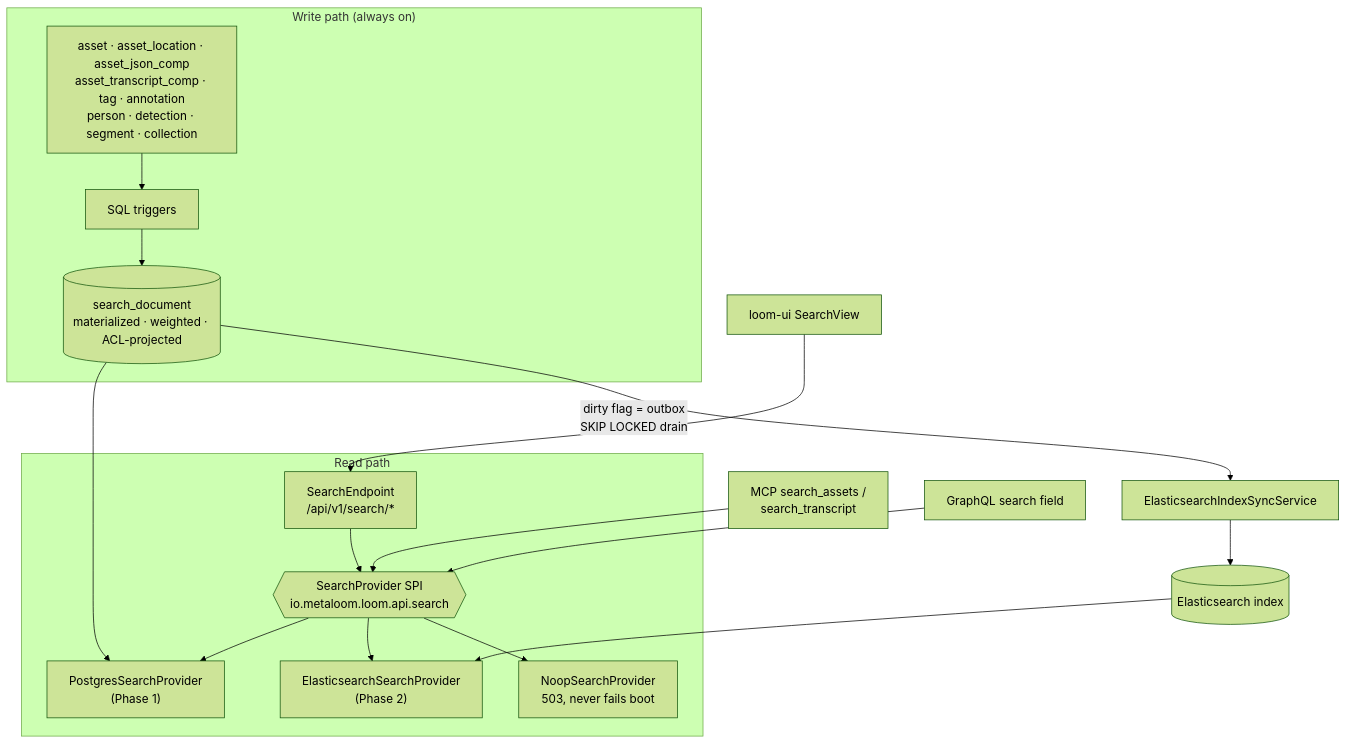
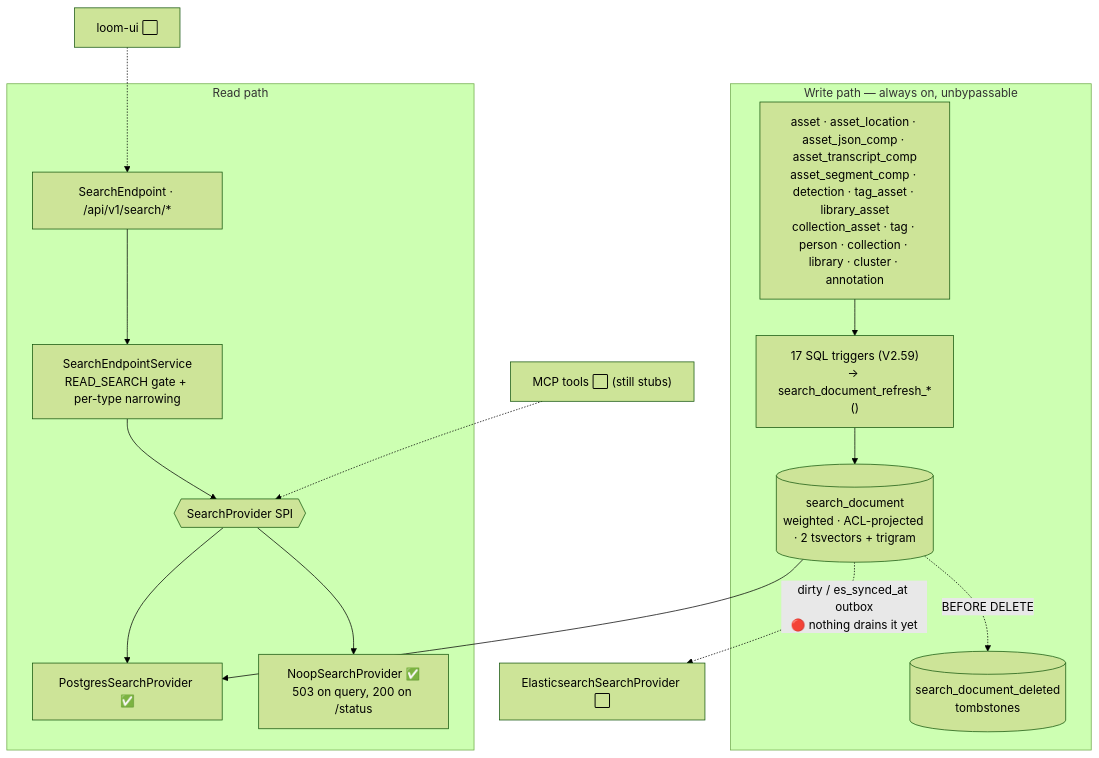
Before and after one commit to metaloom/metaloom: the diagram in spec/features/search/SEARCH.md, drawn with Mermaid (forest theme). The commit also changed other lines of this file and 53 other files, not shown here.

````diff
--- a/spec/features/search/SEARCH.md
+++ b/spec/features/search/SEARCH.md
@@ -161,30 +45,27 @@
 ```mermaid
 graph TB
-    subgraph writes["Write path (always on)"]
-        SRC["asset · asset_location · asset_json_comp<br/>asset_transcript_comp · tag · annotation<br/>person · detection · segment · collection"]
-        TRG["SQL triggers"]
-        DOC[("search_document<br/>materialized · weighted · ACL-projected")]
+    subgraph writes["Write path — always on, unbypassable"]
+        SRC["asset · asset_location · asset_json_comp · asset_transcript_comp<br/>asset_segment_comp · detection · tag_asset · library_asset<br/>collection_asset · tag · person · collection · library · cluster · annotation"]
+        TRG["17 SQL triggers (V2.59)<br/>→ search_document_refresh_*()"]
+        DOC[("search_document<br/>weighted · ACL-projected · 2 tsvectors + trigram")]
+        TOMB[("search_document_deleted<br/>tombstones")]
         SRC --> TRG --> DOC
+        DOC -.->|BEFORE DELETE| TOMB
     end
 
     subgraph read["Read path"]
-        EP["SearchEndpoint<br/>/api/v1/search/*"]
-        SPI{{"SearchProvider SPI<br/>io.metaloom.loom.api.search"}}
-        PG["PostgresSearchProvider<br/>(Phase 1)"]
-        ES["ElasticsearchSearchProvider<br/>(Phase 2)"]
-        NOOP["NoopSearchProvider<br/>503, never fails boot"]
-        EP --> SPI
+        EP["SearchEndpoint · /api/v1/search/*"]
+        SVC["SearchEndpointService<br/>READ_SEARCH gate + per-type narrowing"]
+        SPI{{"SearchProvider SPI"}}
+        PG["PostgresSearchProvider ✅"]
+        NOOP["NoopSearchProvider ✅<br/>503 on query, 200 on /status"]
+        EP --> SVC --> SPI
         SPI --> PG
-        SPI --> ES
         SPI --> NOOP
     end
 
     DOC --> PG
-    DOC -->|"dirty flag = outbox<br/>SKIP LOCKED drain"| SYNC["ElasticsearchIndexSyncService"]
-    SYNC --> ESI[("Elasticsearch index")]
-    ESI --> ES
-
-    UI["loom-ui SearchView"] --> EP
-    MCP["MCP search_assets /<br/>search_transcript"] --> SPI
-    GQL["GraphQL search field"] --> SPI
+    DOC -.->|"dirty / es_synced_at outbox<br/>🔴 nothing drains it yet"| ES["ElasticsearchSearchProvider ⬜"]
+    UI["loom-ui ⬜"] -.-> EP
+    MCP["MCP tools ⬜ (still stubs)"] -.-> SPI
 ```
````
